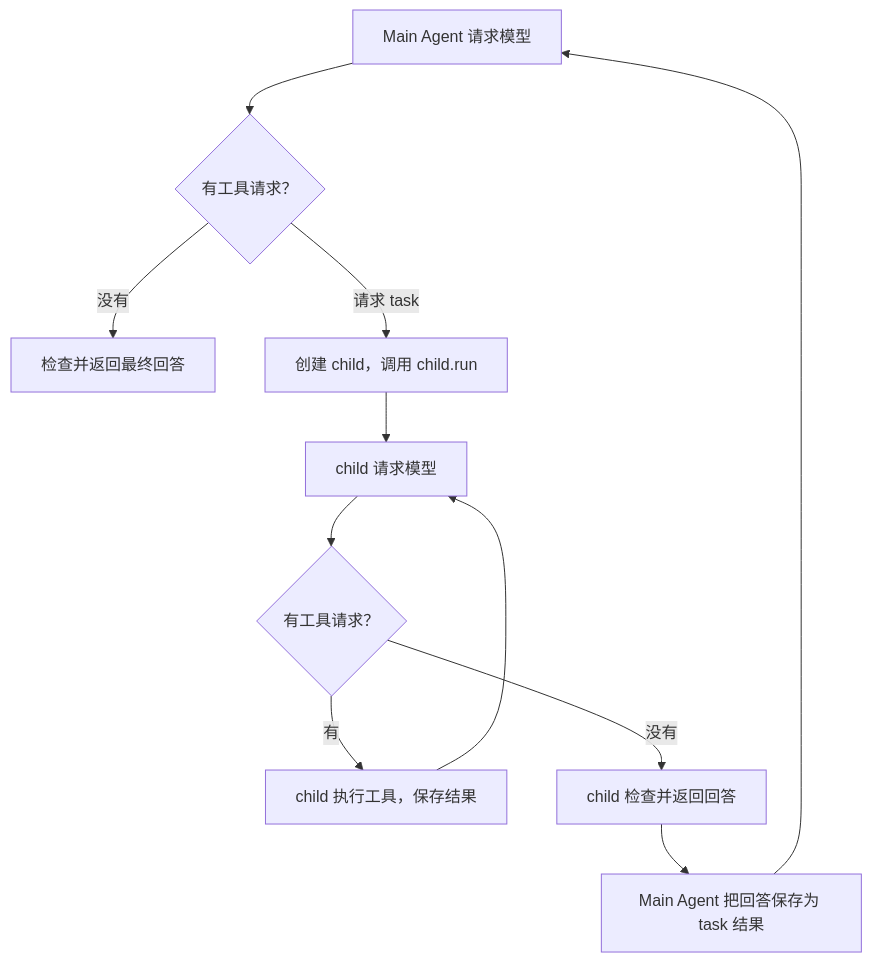
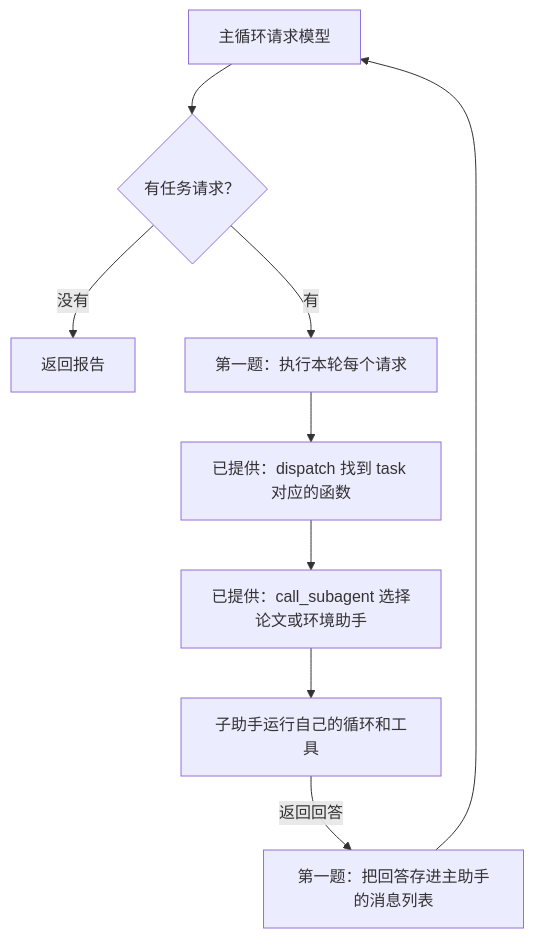
One commit to JackYansongLi/learn-harness changed the first of 2 diagrams in docs/tutorial.md. Above: the diagram before and after it, drawn with Mermaid. The commit also changed other lines of this file and 14 other files, not shown here.

Commit message:
Redesign course as main-loop wiring and new-subagent assignments

````diff
--- a/docs/tutorial.md
+++ b/docs/tutorial.md
@@ -153,13 +51,11 @@
 ```mermaid
 flowchart TD
-    A[Main Agent 请求模型] --> B{有工具请求？}
-    B -->|没有| C[检查并返回最终回答]
-    B -->|请求 task| D[创建 child，调用 child.run]
-    D --> E[child 请求模型]
-    E --> F{有工具请求？}
-    F -->|有| G[child 执行工具，保存结果]
-    G --> E
-    F -->|没有| H[child 检查并返回回答]
-    H --> I[Main Agent 把回答保存为 task 结果]
-    I --> A
+    A[主循环请求模型] --> B{有任务请求？}
+    B -->|没有| C[返回报告]
+    B -->|有| D[第一题：执行本轮每个请求]
+    D --> E[已提供：dispatch 找到 task 对应的函数]
+    E --> F[已提供：call_subagent 选择论文或环境助手]
+    F --> G[子助手运行自己的循环和工具]
+    G -->|返回回答| H[第一题：把回答存进主助手的消息列表]
+    H --> A
 ```
````
